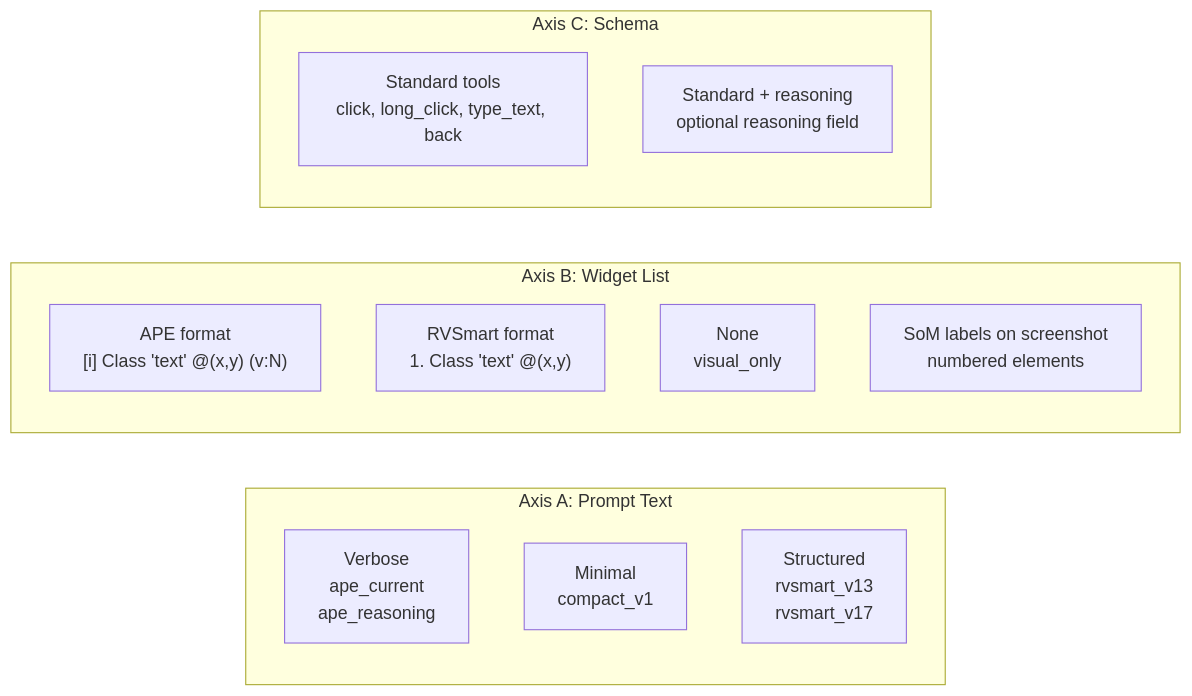
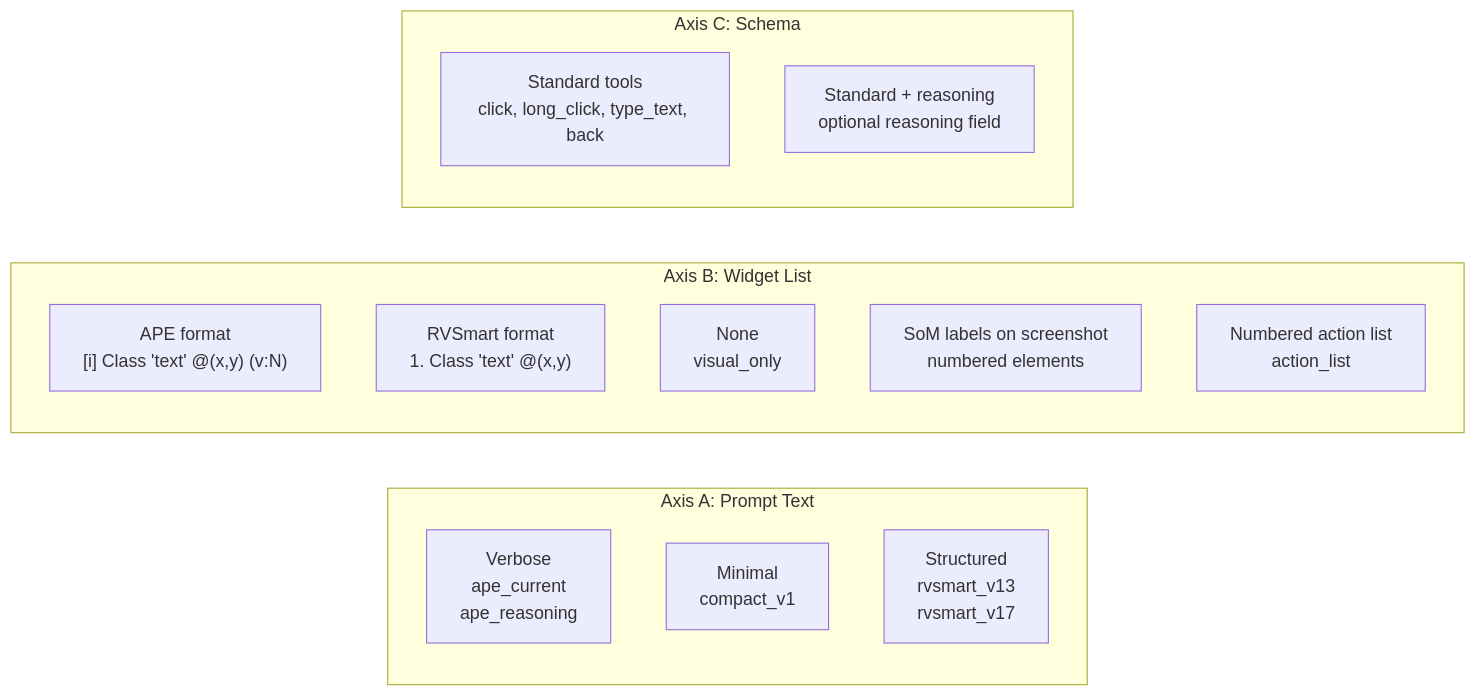
The sixth of 6 diagrams in rv-android/openspec/changes/gh43-aperv-llm-validation/design.md (PAMunb/rvsec), drawn with Mermaid before and after one commit. The commit also changed other lines of this file and 3 other files, not shown here.

First line of the commit message:
docs(gh43): incorporate 5-LLM review — add action_list, fix Bonferroni, add success criteria

````diff
--- a/rv-android/openspec/changes/gh43-aperv-llm-validation/design.md
+++ b/rv-android/openspec/changes/gh43-aperv-llm-validation/design.md
@@ -755,20 +763,21 @@
 ```mermaid
 graph LR
     subgraph "Axis A: Prompt Text"
         A1[Verbose<br/>ape_current<br/>ape_reasoning]
         A2[Minimal<br/>compact_v1]
         A3[Structured<br/>rvsmart_v13<br/>rvsmart_v17]
     end
 
     subgraph "Axis B: Widget List"
         B1["APE format<br/>[i] Class 'text' @(x,y) (v:N)"]
         B2["RVSmart format<br/>1. Class 'text' @(x,y)"]
         B3["None<br/>visual_only"]
         B4["SoM labels on screenshot<br/>numbered elements"]
+        B5["Numbered action list<br/>action_list"]
     end
 
     subgraph "Axis C: Schema"
         C1[Standard tools<br/>click, long_click, type_text, back]
         C2[Standard + reasoning<br/>optional reasoning field]
     end
 ```
````
